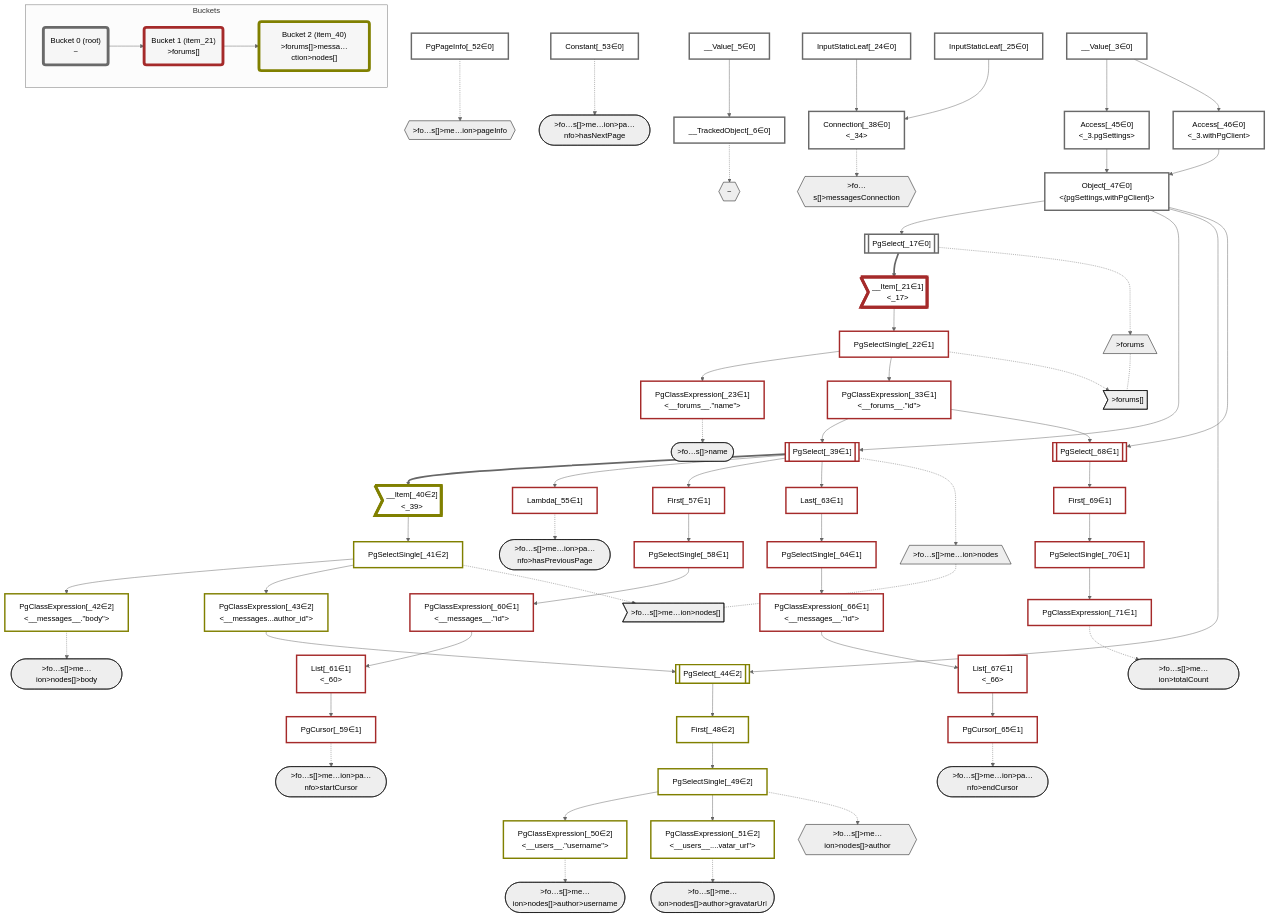
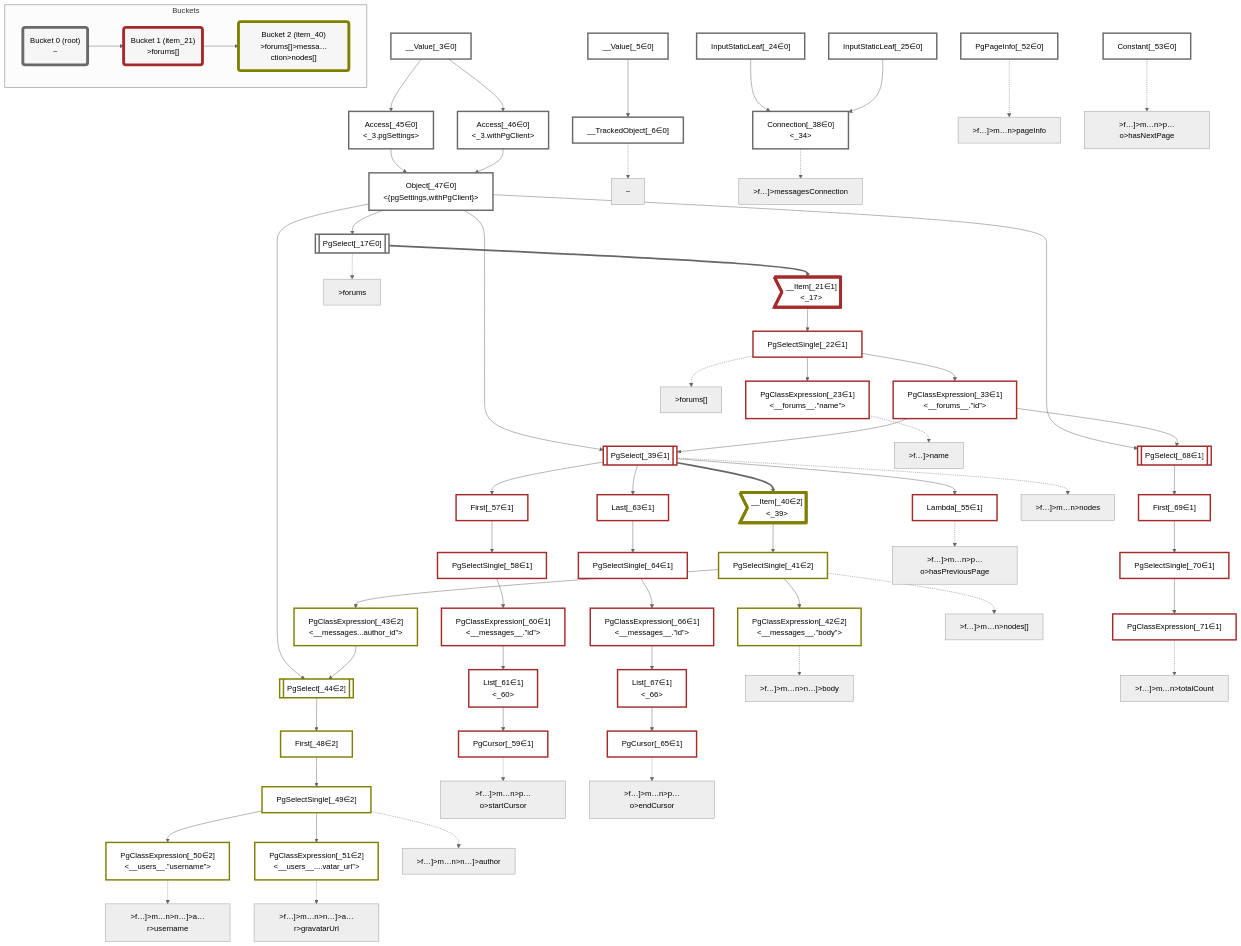
Before and after one commit to graphile/crystal: the diagram in packages/dataplan-pg/__tests__/queries/connections/pagination-when-inlined-backwards-nodes-only.deopt.mermaid.md, drawn with Mermaid (neutral theme). The commit also changed 195 other files, not shown here.

```diff
--- a/packages/dataplan-pg/__tests__/queries/connections/pagination-when-inlined-backwards-nodes-only.deopt.mermaid.md
+++ b/packages/dataplan-pg/__tests__/queries/connections/pagination-when-inlined-backwards-nodes-only.deopt.mermaid.md
@@ -6,41 +6,6 @@
     classDef sideeffectplan fill:#f00,stroke-width:6px,color:#000
     classDef bucket fill:#f6f6f6,color:#000,stroke-width:6px
 
-    %% subgraph fields
-    P1{{"~"}}:::path
-    P2[/">forums"\]:::path
-    P3>">forums[]"]:::path
-    P2 -.- P3
-    P4([">fo…s[]>name"]):::path
-    %% P3 -.-> P4
-    P5{{">fo…s[]>messagesConnection"}}:::path
-    P6[/">fo…s[]>me…ion>nodes"\]:::path
-    P7>">fo…s[]>me…ion>nodes[]"]:::path
-    P6 -.- P7
-    P8([">fo…s[]>me…ion>nodes[]>body"]):::path
-    %% P7 -.-> P8
-    P9{{">fo…s[]>me…ion>nodes[]>author"}}:::path
-    P10([">fo…s[]>me…ion>nodes[]>author>username"]):::path
-    %% P9 -.-> P10
-    P11([">fo…s[]>me…ion>nodes[]>author>gravatarUrl"]):::path
-    %% P9 -.-> P11
-    %% P7 -.-> P9
-    %% P5 -.-> P6
-    P12{{">fo…s[]>me…ion>pageInfo"}}:::path
-    P13([">fo…s[]>me…ion>pa…nfo>hasNextPage"]):::path
-    %% P12 -.-> P13
-    P14([">fo…s[]>me…ion>pa…nfo>hasPreviousPage"]):::path
-    %% P12 -.-> P14
-    P15([">fo…s[]>me…ion>pa…nfo>startCursor"]):::path
-    %% P12 -.-> P15
-    P16([">fo…s[]>me…ion>pa…nfo>endCursor"]):::path
-    %% P12 -.-> P16
-    %% P5 -.-> P12
-    P17([">fo…s[]>me…ion>totalCount"]):::path
-    %% P5 -.-> P17
-    %% P3 -.-> P5
-    %% P1 -.-> P2
-    %% end
 
     %% define plans
     __Value_3["__Value[_3∈0]<br /><context>"]:::plan
@@ -49,36 +14,36 @@
     PgSelect_17[["PgSelect[_17∈0]<br /><forums>"]]:::plan
     __Item_21>"__Item[_21∈1]<br /><_17>"]:::itemplan
     PgSelectSingle_22["PgSelectSingle[_22∈1]<br /><forums>"]:::plan
-    PgClassExpression_23["PgClassExpression[_23∈1]<br /><__forums__.#quot;name#quot;>"]:::plan
+    PgClassExpression_23["PgClassExpression[_23∈1]<br /><__forums__.”name”>"]:::plan
     InputStaticLeaf_24["InputStaticLeaf[_24∈0]"]:::plan
     InputStaticLeaf_25["InputStaticLeaf[_25∈0]"]:::plan
-    PgClassExpression_33["PgClassExpression[_33∈1]<br /><__forums__.#quot;id#quot;>"]:::plan
+    PgClassExpression_33["PgClassExpression[_33∈1]<br /><__forums__.”id”>"]:::plan
     Connection_38["Connection[_38∈0]<br /><_34>"]:::plan
     PgSelect_39[["PgSelect[_39∈1]<br /><messages>"]]:::plan
     __Item_40>"__Item[_40∈2]<br /><_39>"]:::itemplan
     PgSelectSingle_41["PgSelectSingle[_41∈2]<br /><messages>"]:::plan
-    PgClassExpression_42["PgClassExpression[_42∈2]<br /><__messages__.#quot;body#quot;>"]:::plan
-    PgClassExpression_43["PgClassExpression[_43∈2]<br /><__messages...author_id#quot;>"]:::plan
+    PgClassExpression_42["PgClassExpression[_42∈2]<br /><__messages__.”body”>"]:::plan
+    PgClassExpression_43["PgClassExpression[_43∈2]<br /><__messages...author_id”>"]:::plan
     PgSelect_44[["PgSelect[_44∈2]<br /><users>"]]:::plan
     Access_45["Access[_45∈0]<br /><_3.pgSettings>"]:::plan
     Access_46["Access[_46∈0]<br /><_3.withPgClient>"]:::plan
     Object_47["Object[_47∈0]<br /><{pgSettings,withPgClient}>"]:::plan
     First_48["First[_48∈2]"]:::plan
     PgSelectSingle_49["PgSelectSingle[_49∈2]<br /><users>"]:::plan
-    PgClassExpression_50["PgClassExpression[_50∈2]<br /><__users__.#quot;username#quot;>"]:::plan
-    PgClassExpression_51["PgClassExpression[_51∈2]<br /><__users__....vatar_url#quot;>"]:::plan
+    PgClassExpression_50["PgClassExpression[_50∈2]<br /><__users__.”username”>"]:::plan
+    PgClassExpression_51["PgClassExpression[_51∈2]<br /><__users__....vatar_url”>"]:::plan
     PgPageInfo_52["PgPageInfo[_52∈0]"]:::plan
     Constant_53["Constant[_53∈0]"]:::plan
     Lambda_55["Lambda[_55∈1]<br /><listHasMore>"]:::plan
     First_57["First[_57∈1]"]:::plan
     PgSelectSingle_58["PgSelectSingle[_58∈1]<br /><messages>"]:::plan
     PgCursor_59["PgCursor[_59∈1]"]:::plan
-    PgClassExpression_60["PgClassExpression[_60∈1]<br /><__messages__.#quot;id#quot;>"]:::plan
+    PgClassExpression_60["PgClassExpression[_60∈1]<br /><__messages__.”id”>"]:::plan
     List_61["List[_61∈1]<br /><_60>"]:::plan
     Last_63["Last[_63∈1]"]:::plan
     PgSelectSingle_64["PgSelectSingle[_64∈1]<br /><messages>"]:::plan
     PgCursor_65["PgCursor[_65∈1]"]:::plan
-    PgClassExpression_66["PgClassExpression[_66∈1]<br /><__messages__.#quot;id#quot;>"]:::plan
+    PgClassExpression_66["PgClassExpression[_66∈1]<br /><__messages__.”id”>"]:::plan
     List_67["List[_67∈1]<br /><_66>"]:::plan
     PgSelect_68[["PgSelect[_68∈1]<br /><messages>"]]:::plan
     First_69["First[_69∈1]"]:::plan
@@ -128,22 +93,39 @@
     PgSelectSingle_70 --> PgClassExpression_71
 
     %% plan-to-path relationships
+    P1["~"]
     __TrackedObject_6 -.-> P1
+    P2[">forums"]
     PgSelect_17 -.-> P2
+    P3[">forums[]"]
     PgSelectSingle_22 -.-> P3
+    P4[">f…]>name"]
     PgClassExpression_23 -.-> P4
+    P5[">f…]>messagesConnection"]
     Connection_38 -.-> P5
+    P6[">f…]>m…n>nodes"]
     PgSelect_39 -.-> P6
+    P7[">f…]>m…n>nodes[]"]
     PgSelectSingle_41 -.-> P7
+    P8[">f…]>m…n>n…]>body"]
     PgClassExpression_42 -.-> P8
+    P9[">f…]>m…n>n…]>author"]
     PgSelectSingle_49 -.-> P9
+    P10[">f…]>m…n>n…]>a…r>username"]
     PgClassExpression_50 -.-> P10
+    P11[">f…]>m…n>n…]>a…r>gravatarUrl"]
     PgClassExpression_51 -.-> P11
+    P12[">f…]>m…n>pageInfo"]
     PgPageInfo_52 -.-> P12
+    P13[">f…]>m…n>p…o>hasNextPage"]
     Constant_53 -.-> P13
+    P14[">f…]>m…n>p…o>hasPreviousPage"]
     Lambda_55 -.-> P14
+    P15[">f…]>m…n>p…o>startCursor"]
     PgCursor_59 -.-> P15
+    P16[">f…]>m…n>p…o>endCursor"]
     PgCursor_65 -.-> P16
+    P17[">f…]>m…n>totalCount"]
     PgClassExpression_71 -.-> P17
 
     %% allocate buckets
```
